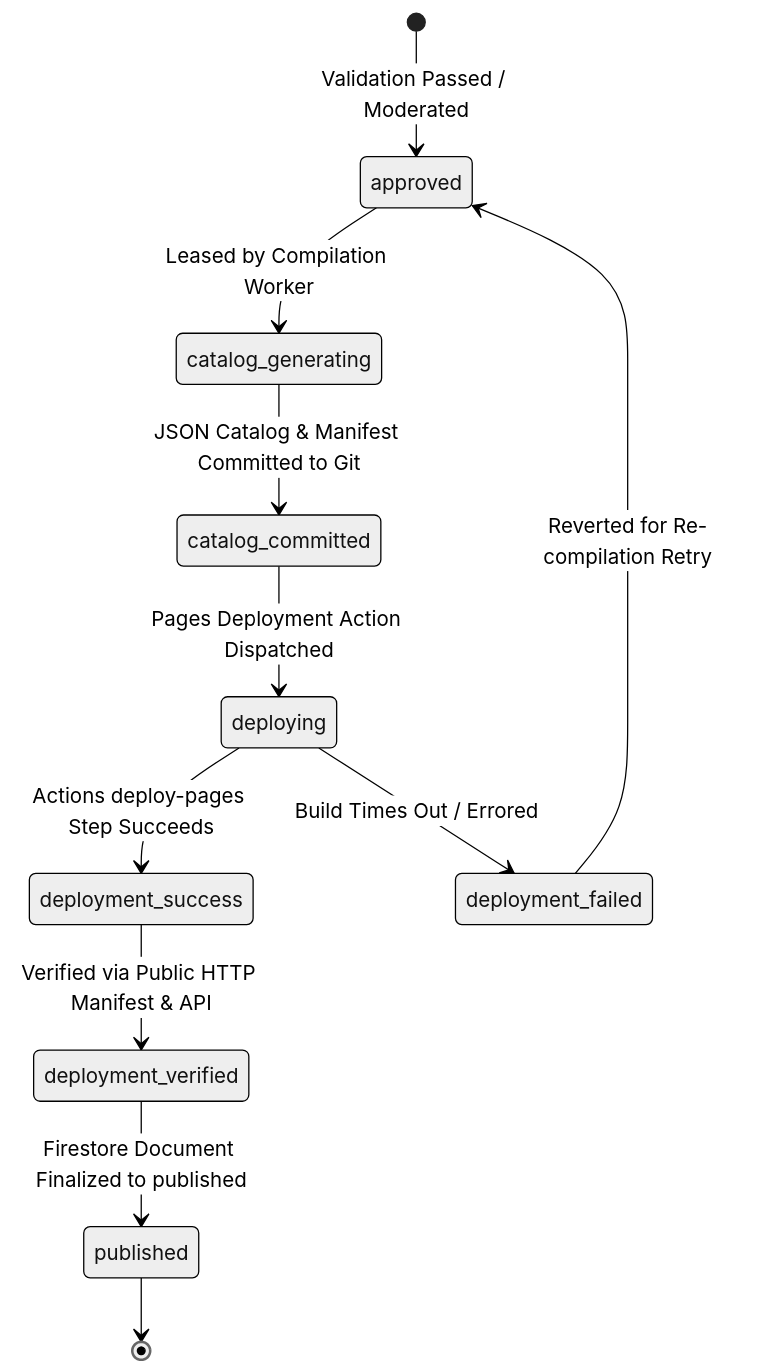
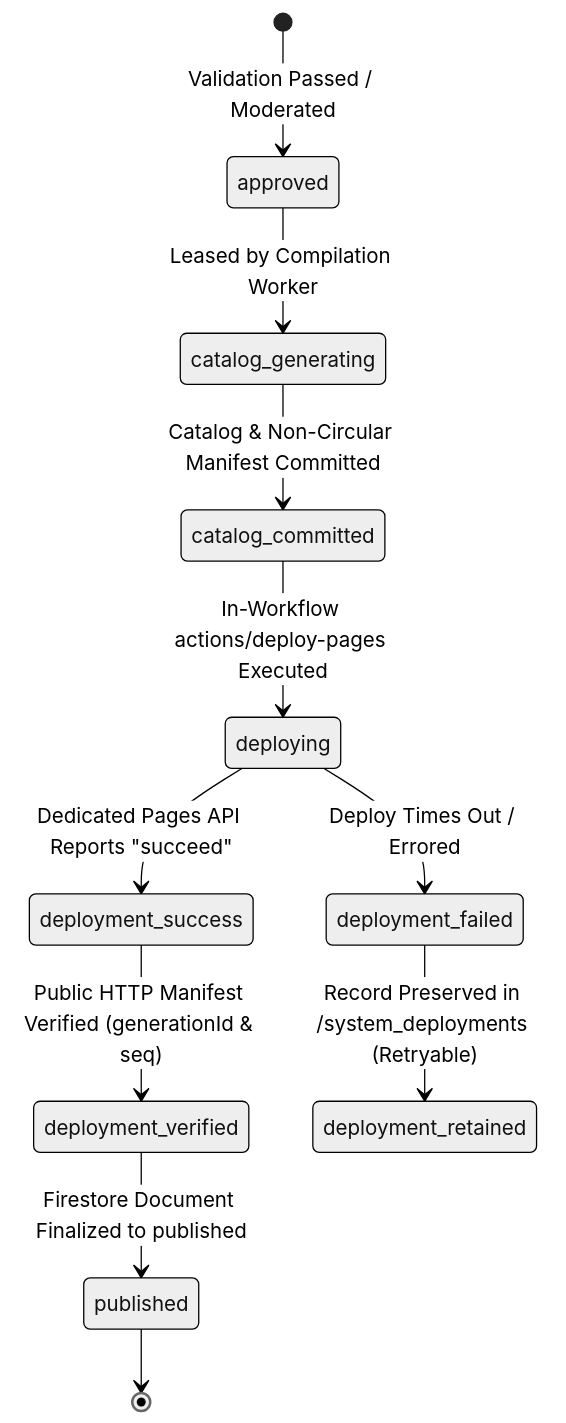
Before and after one commit to Rohitpvt/GitStore: the second of 2 diagrams in docs/ARCHITECTURE.md, drawn with Mermaid (neutral theme). The commit also changed other lines of this file and 13 other files, not shown here.

Commit message:
chore(phase-0.1.3): deployment integrity, admin bootstrap, workflow security and non-circular manifest hardening

````diff
--- a/docs/ARCHITECTURE.md
+++ b/docs/ARCHITECTURE.md
@@ -199,13 +232,13 @@
 ```mermaid
 stateDiagram-v2
     [*] --> approved: Validation Passed / Moderated
     approved --> catalog_generating: Leased by Compilation Worker
-    catalog_generating --> catalog_committed: JSON Catalog & Manifest Committed to Git
-    catalog_committed --> deploying: Pages Deployment Action Dispatched
-    deploying --> deployment_success: Actions deploy-pages Step Succeeds
-    deployment_success --> deployment_verified: Verified via Public HTTP Manifest & API
+    catalog_generating --> catalog_committed: Catalog & Non-Circular Manifest Committed
+    catalog_committed --> deploying: In-Workflow actions/deploy-pages Executed
+    deploying --> deployment_success: Dedicated Pages API Reports "succeed"
+    deployment_success --> deployment_verified: Public HTTP Manifest Verified (generationId & seq)
     deployment_verified --> published: Firestore Document Finalized to published
-    deploying --> deployment_failed: Build Times Out / Errored
-    deployment_failed --> approved: Reverted for Re-compilation Retry
+    deploying --> deployment_failed: Deploy Times Out / Errored
+    deployment_failed --> deployment_retained: Record Preserved in /system_deployments (Retryable)
     published --> [*]
 ```
````
